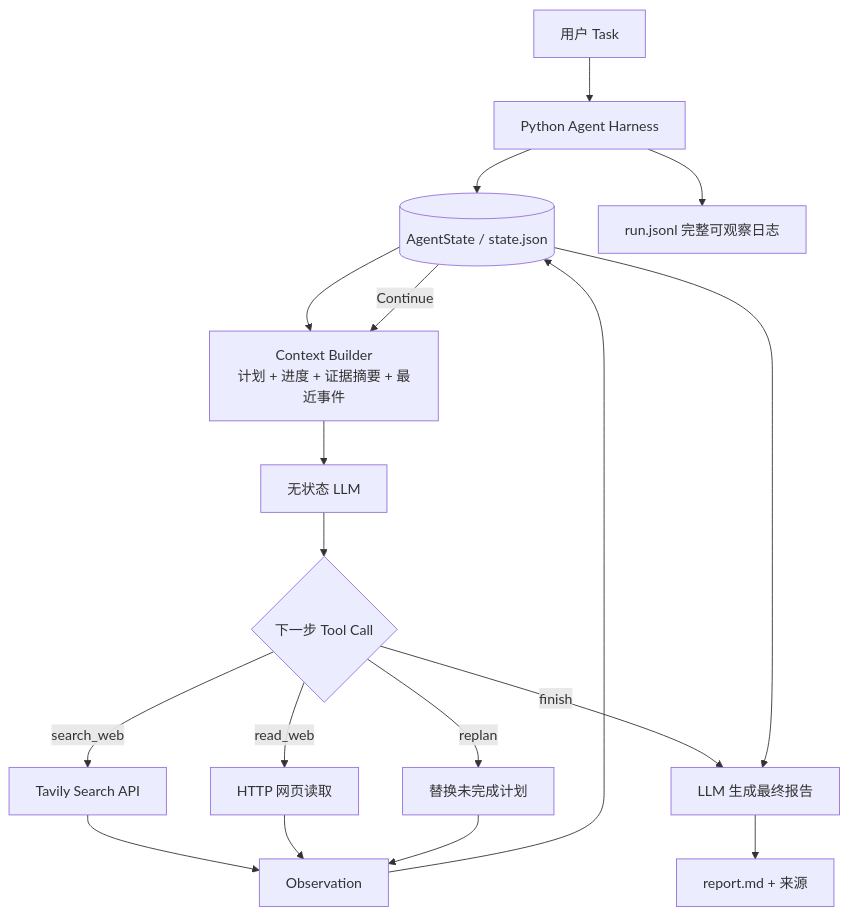
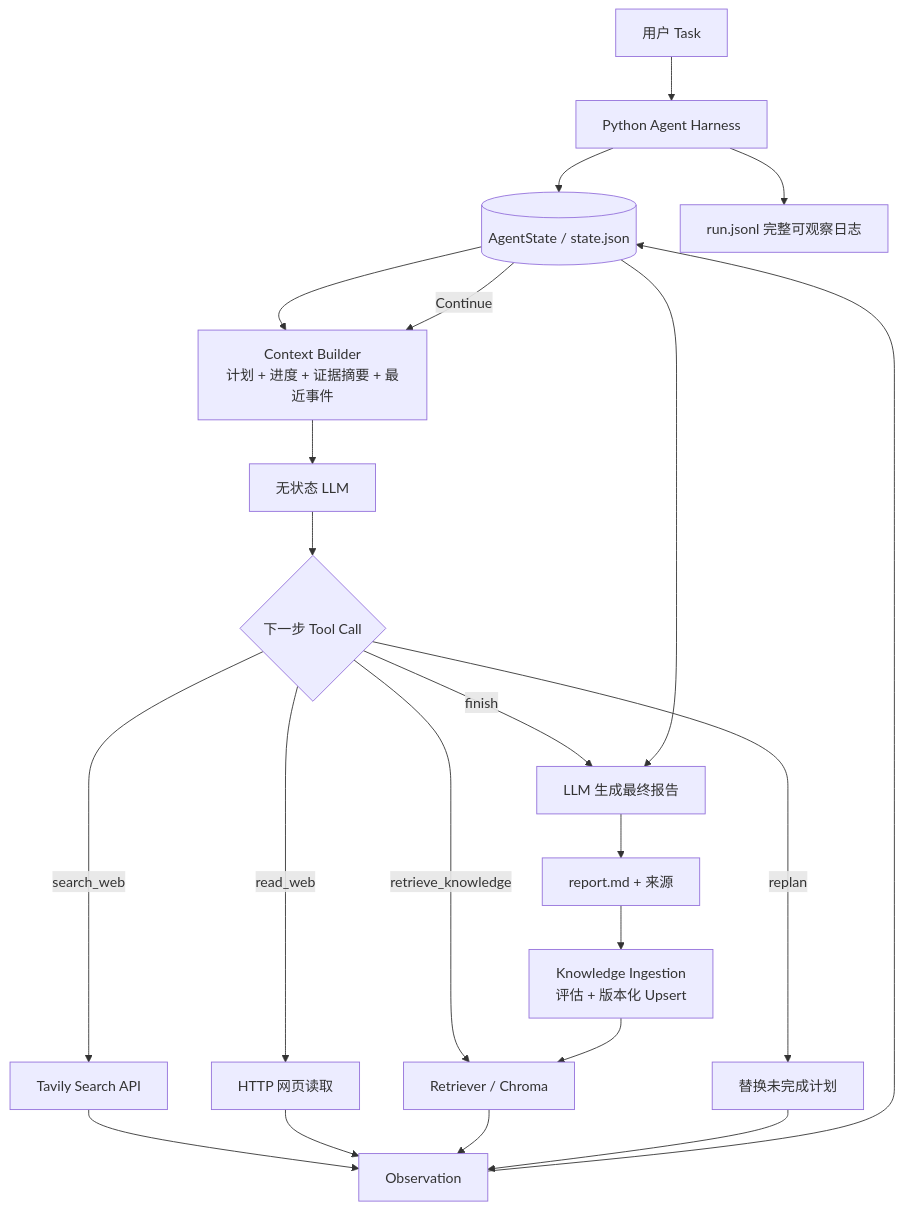
One commit to chiye0916/agent-competitor changed the diagram in ARCHITECTURE.md. Above: the diagram before and after it, drawn with Mermaid. The commit also changed other lines of this file and 17 other files, not shown here.

Commit message:
feat: add knowledge ingestion and incremental indexing

````diff
--- a/ARCHITECTURE.md
+++ b/ARCHITECTURE.md
@@ -3,20 +3,24 @@
 ```mermaid
 flowchart TD
     U[用户 Task] --> H[Python Agent Harness]
     H --> S[(AgentState / state.json)]
     S --> C[Context Builder<br/>计划 + 进度 + 证据摘要 + 最近事件]
     C --> L[无状态 LLM]
     L --> A{下一步 Tool Call}
     A -->|search_web| T1[Tavily Search API]
     A -->|read_web| T2[HTTP 网页读取]
+    A -->|retrieve_knowledge| K[Retriever / Chroma]
     A -->|replan| P[替换未完成计划]
     T1 --> O[Observation]
     T2 --> O
+    K --> O
     P --> O
     O --> S
     S -->|Continue| C
     A -->|finish| R[LLM 生成最终报告]
     S --> R
     R --> F[report.md + 来源]
+    F --> I[Knowledge Ingestion<br/>评估 + 版本化 Upsert]
+    I --> K
     H --> J[run.jsonl 完整可观察日志]
 ```
````
